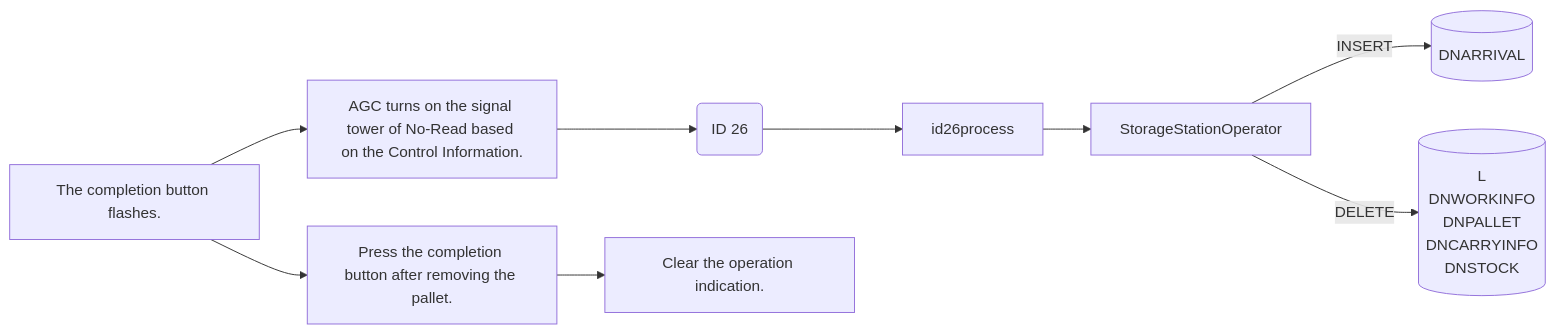
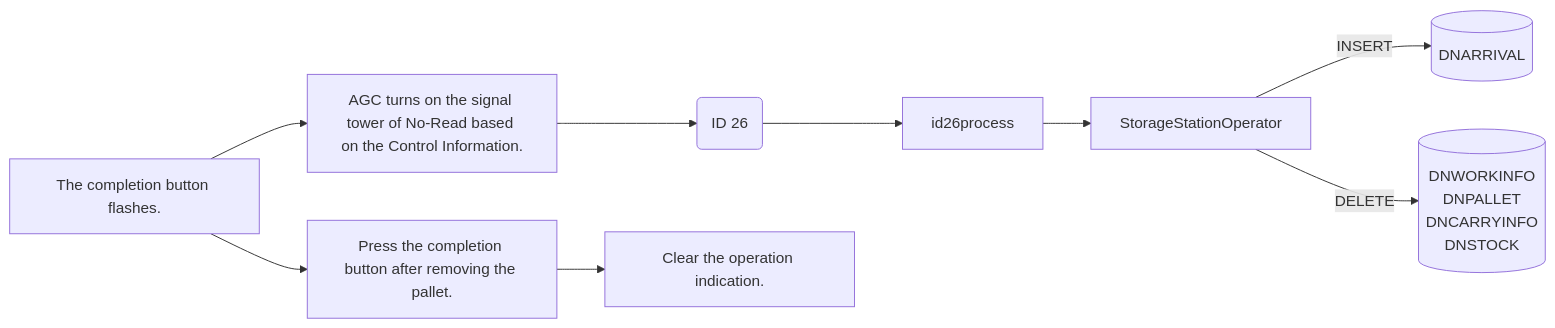
Before and after one commit to luthfiadityaa/SimeDarby-Wiki: the tenth of 10 diagrams in Basic-Design/DFD-WMS/Storage/Palletizing-Settting/Irregular-Cases.md, drawn with Mermaid. The commit also changed other lines of this file, not shown here.

```diff
--- a/Basic-Design/DFD-WMS/Storage/Palletizing-Settting/Irregular-Cases.md
+++ b/Basic-Design/DFD-WMS/Storage/Palletizing-Settting/Irregular-Cases.md
@@ -435,41 +435,41 @@
 ::: mermaid
 flowchart LR
 
 releaseCommand["
 The completion button flashes.
 "]
 
 releaseCommand0["
 AGC turns on the signal tower of No-Read based on the Control Information. 
 "]
 
 id26msg("
 ID 26
 ")
 
 id26-insert[("
    DNARRIVAL		
 ")]
 
-id26-delete[("L
+id26-delete[("
    DNWORKINFO
    DNPALLET
    DNCARRYINFO
    DNSTOCK		
 ")]
 
 storageStationOperator[StorageStationOperator]
 
 releaseCommand2["
 Press the completion button after removing the pallet.
 "]
 
 releaseCommand3["
 Clear the operation indication. 
 "]
 
 releaseCommand-->releaseCommand2-->releaseCommand3
 releaseCommand-->releaseCommand0-->id26msg-->id26process-->storageStationOperator
 storageStationOperator--> |INSERT| id26-insert
 storageStationOperator--> |DELETE| id26-delete
 :::
```
